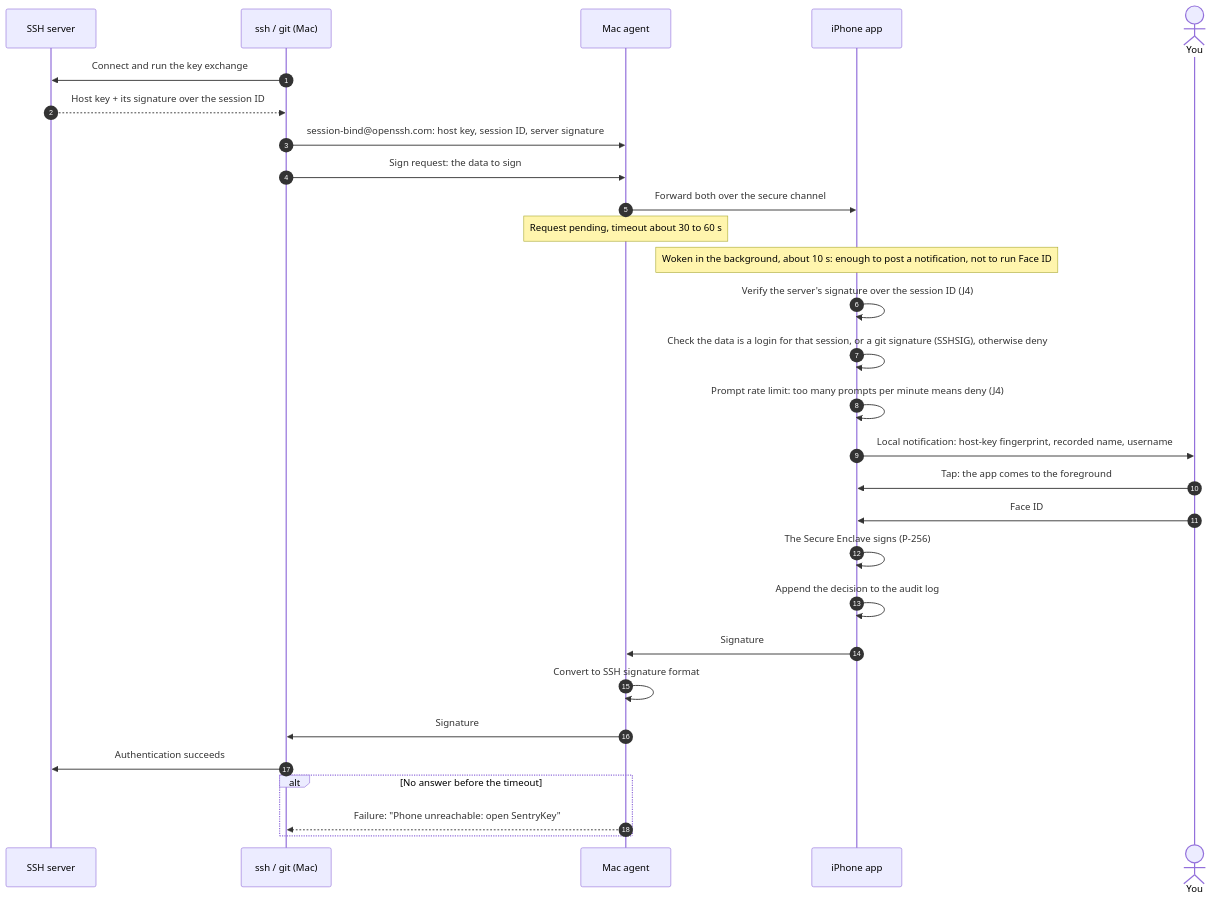
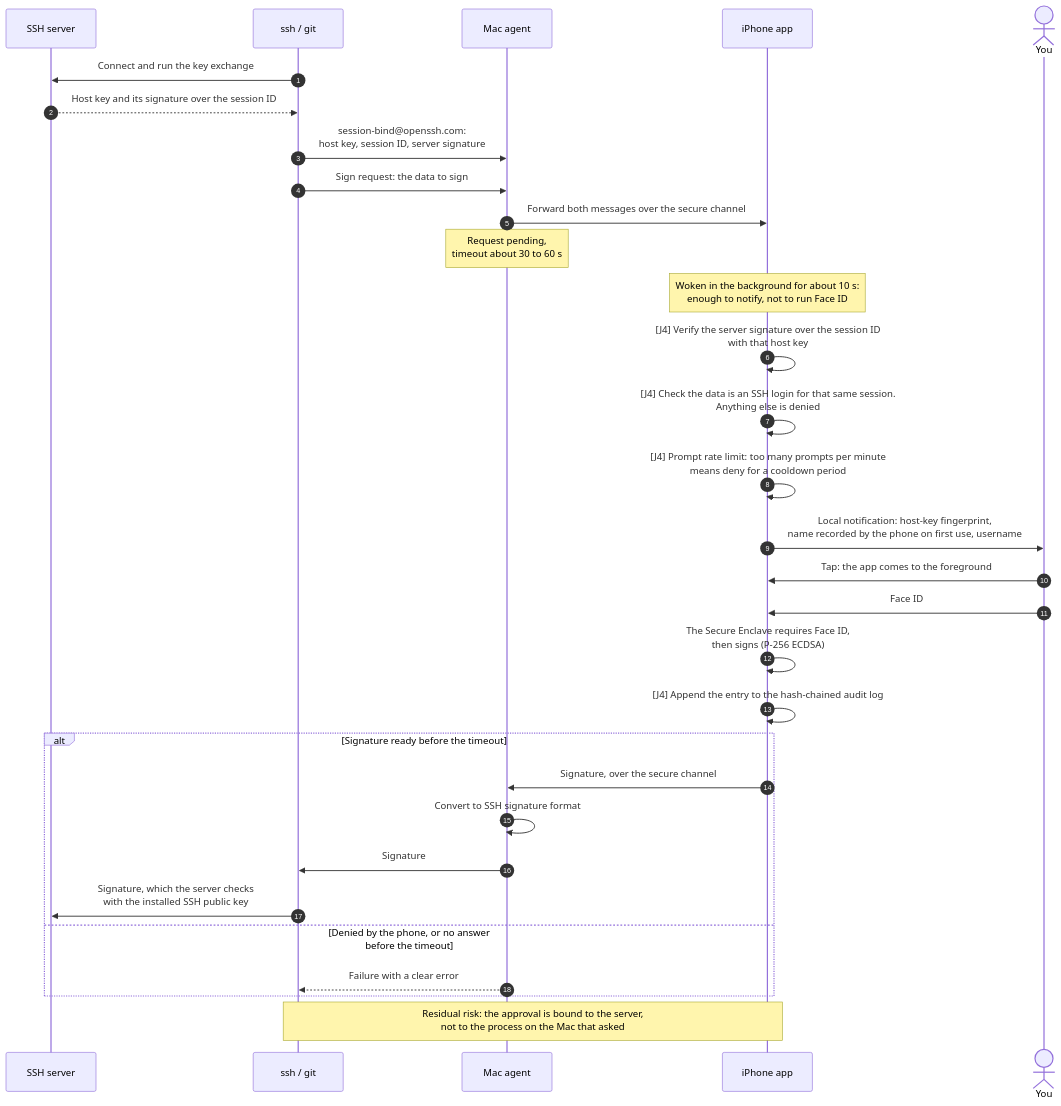
The fourth of 4 diagrams in docs/FLOWS.md (Samylay/sentry-key), drawn with Mermaid before and after one commit. The commit also changed other lines of this file and 1 other file, not shown here.

First line of the commit message:
Revise flow diagrams after adversarial review (prompt P-010)

````diff
--- a/docs/FLOWS.md
+++ b/docs/FLOWS.md
@@ -80,34 +113,34 @@
 ```mermaid
 sequenceDiagram
   autonumber
   participant S as SSH server
-  participant C as ssh / git (Mac)
+  participant C as ssh / git
   participant M as Mac agent
   participant P as iPhone app
   actor U as You
 
   C->>S: Connect and run the key exchange
-  S-->>C: Host key + its signature over the session ID
-  C->>M: session-bind@openssh.com: host key, session ID, server signature
+  S-->>C: Host key and its signature over the session ID
+  C->>M: session-bind@openssh.com:<br/>host key, session ID, server signature
   C->>M: Sign request: the data to sign
-  M->>P: Forward both over the secure channel
-  Note over M: Request pending, timeout about 30 to 60 s
-
-  Note over P: Woken in the background, about 10 s: enough to post a notification, not to run Face ID
-  P->>P: Verify the server's signature over the session ID (J4)
-  P->>P: Check the data is a login for that session, or a git signature (SSHSIG), otherwise deny
-  P->>P: Prompt rate limit: too many prompts per minute means deny (J4)
-  P->>U: Local notification: host-key fingerprint, recorded name, username
+  M->>P: Forward both messages over the secure channel
+  Note over M: Request pending,<br/>timeout about 30 to 60 s
+  Note over P: Woken in the background for about 10 s:<br/>enough to notify, not to run Face ID
+  P->>P: [J4] Verify the server signature over the session ID<br/>with that host key
+  P->>P: [J4] Check the data is an SSH login for that same session.<br/>Anything else is denied
+  P->>P: [J4] Prompt rate limit: too many prompts per minute<br/>means deny for a cooldown period
+  P->>U: Local notification: host-key fingerprint,<br/>name recorded by the phone on first use, username
   U->>P: Tap: the app comes to the foreground
   U->>P: Face ID
-  P->>P: The Secure Enclave signs (P-256)
-  P->>P: Append the decision to the audit log
-  P->>M: Signature
-  M->>M: Convert to SSH signature format
-  M->>C: Signature
-  C->>S: Authentication succeeds
-
-  alt No answer before the timeout
-    M-->>C: Failure: "Phone unreachable: open SentryKey"
+  P->>P: The Secure Enclave requires Face ID,<br/>then signs (P-256 ECDSA)
+  P->>P: [J4] Append the entry to the hash-chained audit log
+  alt Signature ready before the timeout
+    P->>M: Signature, over the secure channel
+    M->>M: Convert to SSH signature format
+    M->>C: Signature
+    C->>S: Signature, which the server checks<br/>with the installed SSH public key
+  else Denied by the phone, or no answer before the timeout
+    M-->>C: Failure with a clear error
   end
+  Note over C,P: Residual risk: the approval is bound to the server,<br/>not to the process on the Mac that asked
 ```
````
